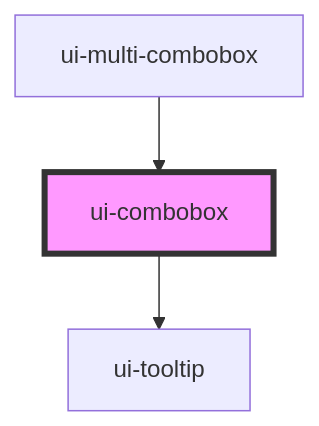
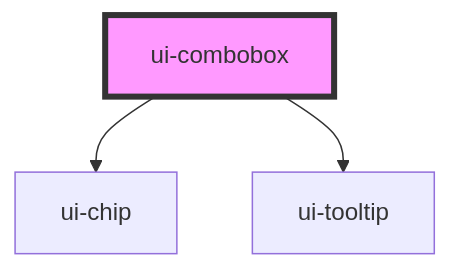
One commit to threadlabs-studio/looma changed the diagram in packages/core/src/components/ui-combobox/readme.md. Above: the diagram before and after it, drawn with Mermaid. The commit also changed other lines of this file and 38 other files, not shown here.

````diff
--- a/packages/core/src/components/ui-combobox/readme.md
+++ b/packages/core/src/components/ui-combobox/readme.md
@@ -97,6 +102,6 @@
 ```mermaid
 graph TD;
+  ui-combobox --> ui-chip
   ui-combobox --> ui-tooltip
-  ui-multi-combobox --> ui-combobox
   style ui-combobox fill:#f9f,stroke:#333,stroke-width:4px
 ```
````
